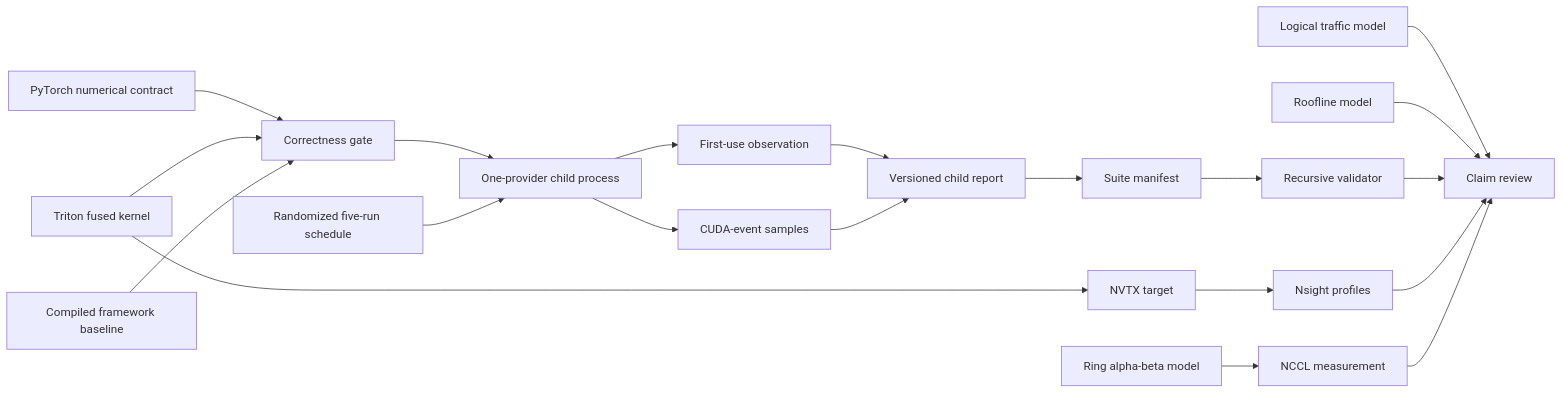
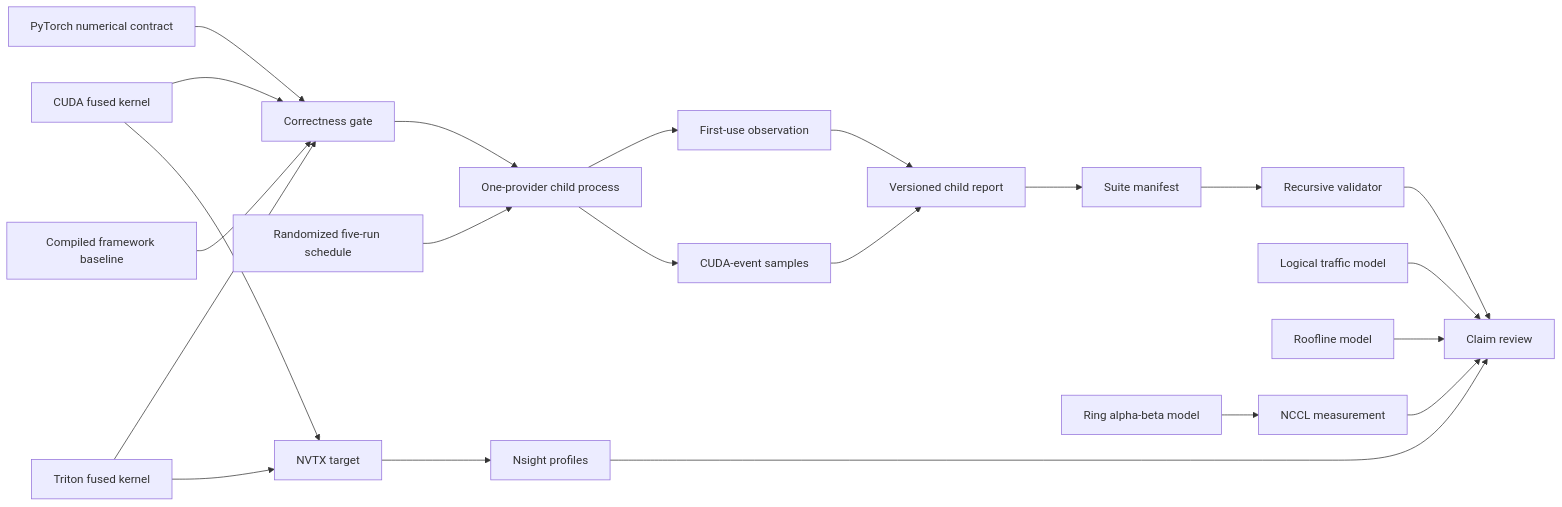
One commit to edcadet10/gpu-systems-lab changed the diagram in docs/architecture.md. Above: the diagram before and after it, drawn with Mermaid. The commit also changed other lines of this file and 348 other files, not shown here.

````diff
--- a/docs/architecture.md
+++ b/docs/architecture.md
@@ -7,22 +7,24 @@
 ```mermaid
 flowchart LR
     Contract[PyTorch numerical contract] --> Gate[Correctness gate]
+    CUDA[CUDA fused kernel] --> Gate
     Triton[Triton fused kernel] --> Gate
     Compiler[Compiled framework baseline] --> Gate
     Gate --> Child[One-provider child process]
     Child --> First[First-use observation]
     Child --> Bench[CUDA-event samples]
     First --> JSON[Versioned child report]
     Bench --> JSON
     Schedule[Randomized five-run schedule] --> Child
     JSON --> Manifest[Suite manifest]
     Manifest --> Validate[Recursive validator]
-    Triton --> NVTX[NVTX target]
+    CUDA --> NVTX[NVTX target]
+    Triton --> NVTX
     NVTX --> Nsight[Nsight profiles]
     Traffic[Logical traffic model] --> Review[Claim review]
     Roofline[Roofline model] --> Review
     Validate --> Review
     Nsight --> Review
     Ring[Ring alpha-beta model] --> Dist[NCCL measurement]
     Dist --> Review
 ```
````
